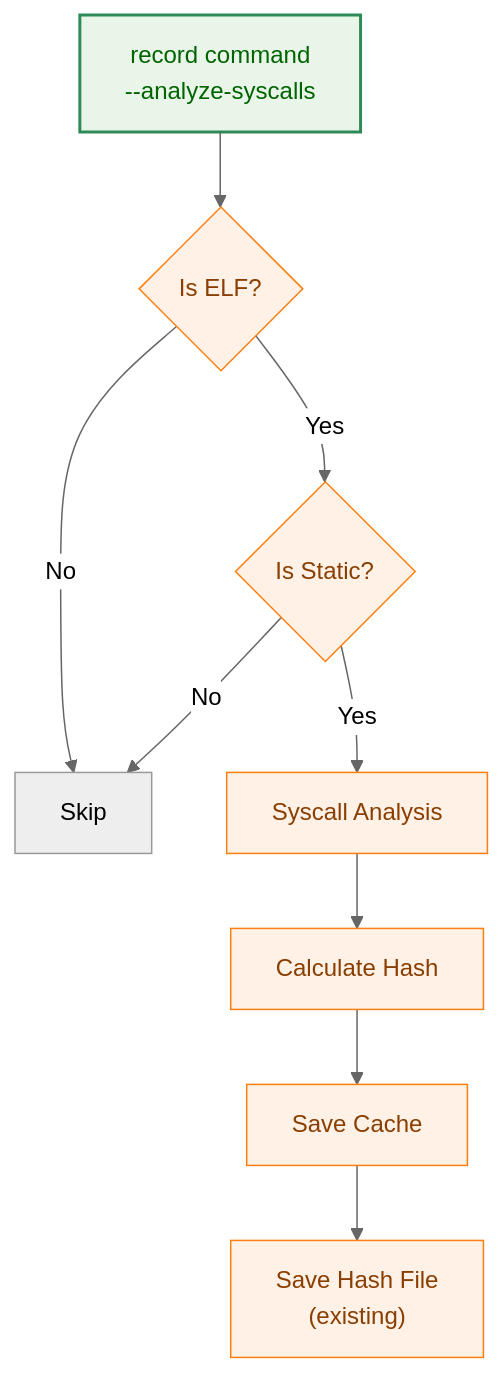
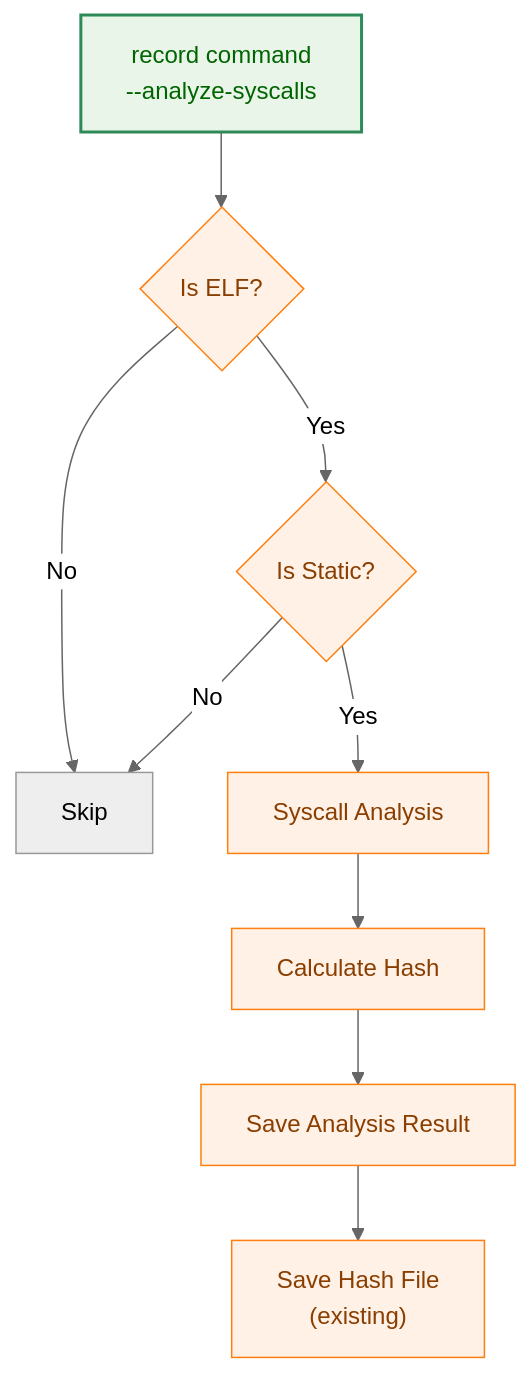
Diagram 14 of 18 in docs/tasks/0070_elf_syscall_analysis/02_architecture.md (isseis/go-safe-cmd-runner), drawn with Mermaid (neutral theme) before and after one commit. The commit also changed other lines of this file and 2 other files, not shown here.

First line of the commit message:
docs: rename integrated cache to file-analysis store

````diff
--- a/docs/tasks/0070_elf_syscall_analysis/02_architecture.md
+++ b/docs/tasks/0070_elf_syscall_analysis/02_architecture.md
@@ -549,19 +546,19 @@
 ```mermaid
 flowchart TD
     classDef data fill:#e6f7ff,stroke:#1f77b4,stroke-width:1px,color:#0b3d91
     classDef process fill:#fff1e6,stroke:#ff7f0e,stroke-width:1px,color:#8a3e00
     classDef enhanced fill:#e8f5e8,stroke:#2e8b57,stroke-width:2px,color:#006400
 
     A["record command<br>--analyze-syscalls"] --> B{"Is ELF?"}
     B -->|"No"| C["Skip"]
     B -->|"Yes"| D{"Is Static?"}
     D -->|"No"| C
     D -->|"Yes"| E["Syscall Analysis"]
     E --> F["Calculate Hash"]
-    F --> G["Save Cache"]
+    F --> G["Save Analysis Result"]
     G --> H["Save Hash File<br>(existing)"]
 
     class A enhanced
     class B,D process
     class E,F,G,H process
 ```
````
